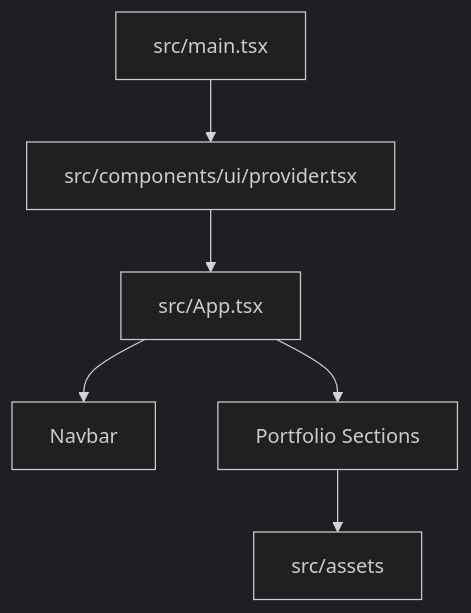
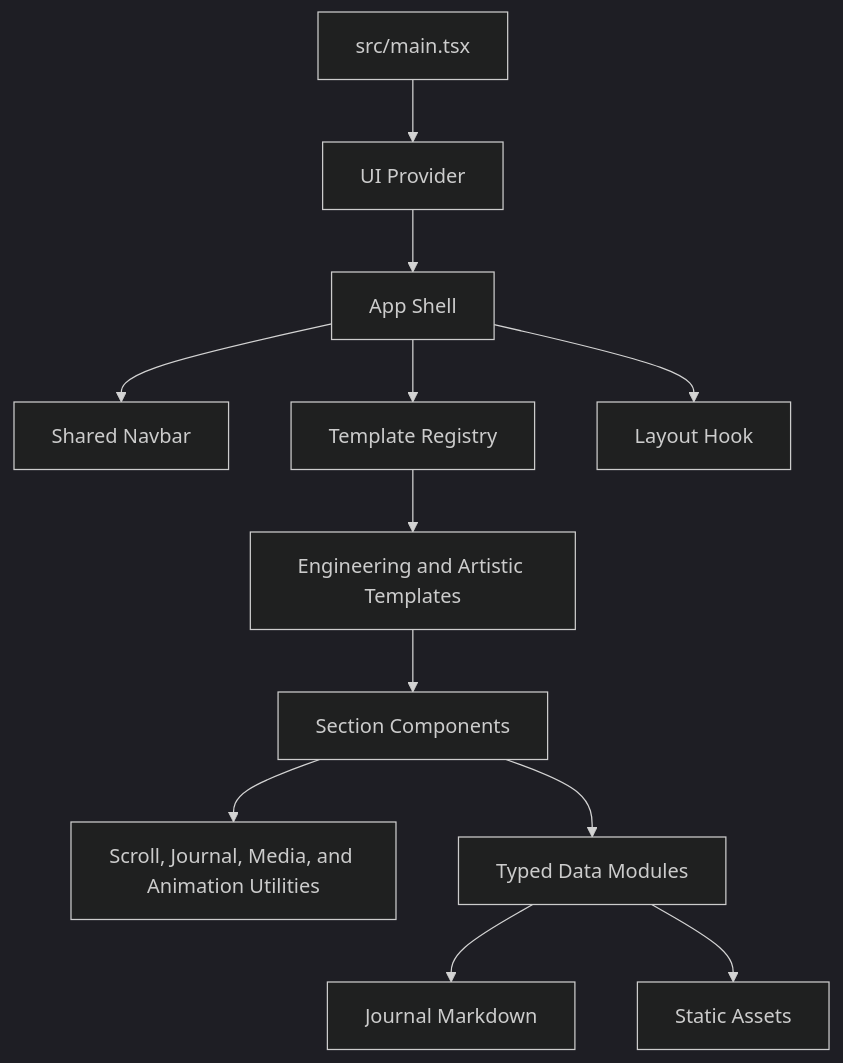
One commit to nhamhung/nhamhung.github.io changed the diagram in aidlc-docs/inception/reverse-engineering/code-structure.md. Above: the diagram before and after it, drawn with Mermaid (dark theme). The commit also changed other lines of this file and 119 other files, not shown here.

````diff
--- a/aidlc-docs/inception/reverse-engineering/code-structure.md
+++ b/aidlc-docs/inception/reverse-engineering/code-structure.md
@@ -15,15 +15,27 @@
 ```mermaid
 flowchart TD
     Main["src/main.tsx"]
-    Provider["src/components/ui/provider.tsx"]
-    App["src/App.tsx"]
-    Navbar["Navbar"]
-    Sections["Portfolio Sections"]
-    Assets["src/assets"]
+    Provider["UI Provider"]
+    App["App Shell"]
+    Navbar["Shared Navbar"]
+    Registry["Template Registry"]
+    Templates["Engineering and Artistic Templates"]
+    Sections["Section Components"]
+    Hooks["Layout Hook"]
+    Utils["Scroll, Journal, Media, and Animation Utilities"]
+    Data["Typed Data Modules"]
+    Content["Journal Markdown"]
+    Assets["Static Assets"]
 
     Main --> Provider
     Provider --> App
     App --> Navbar
-    App --> Sections
-    Sections --> Assets
+    App --> Registry
+    App --> Hooks
+    Registry --> Templates
+    Templates --> Sections
+    Sections --> Data
+    Sections --> Utils
+    Data --> Content
+    Data --> Assets
 ```
````
